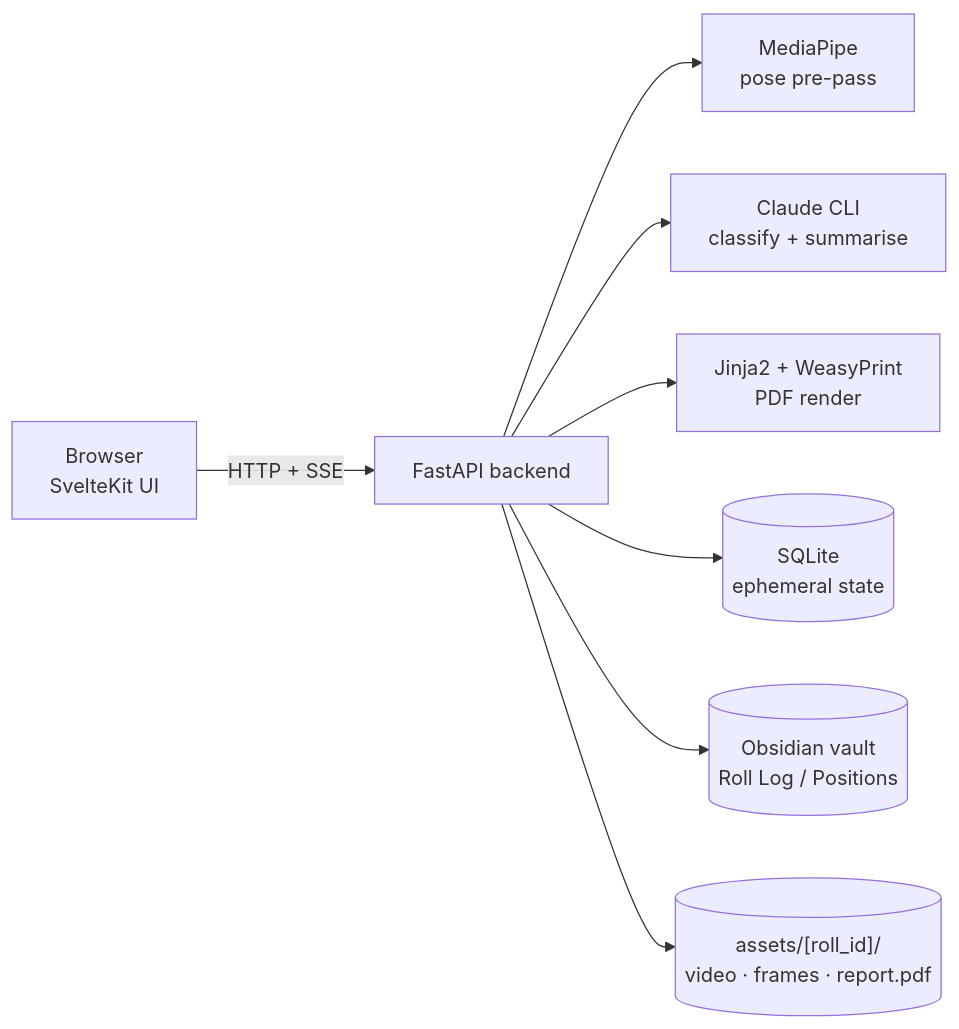
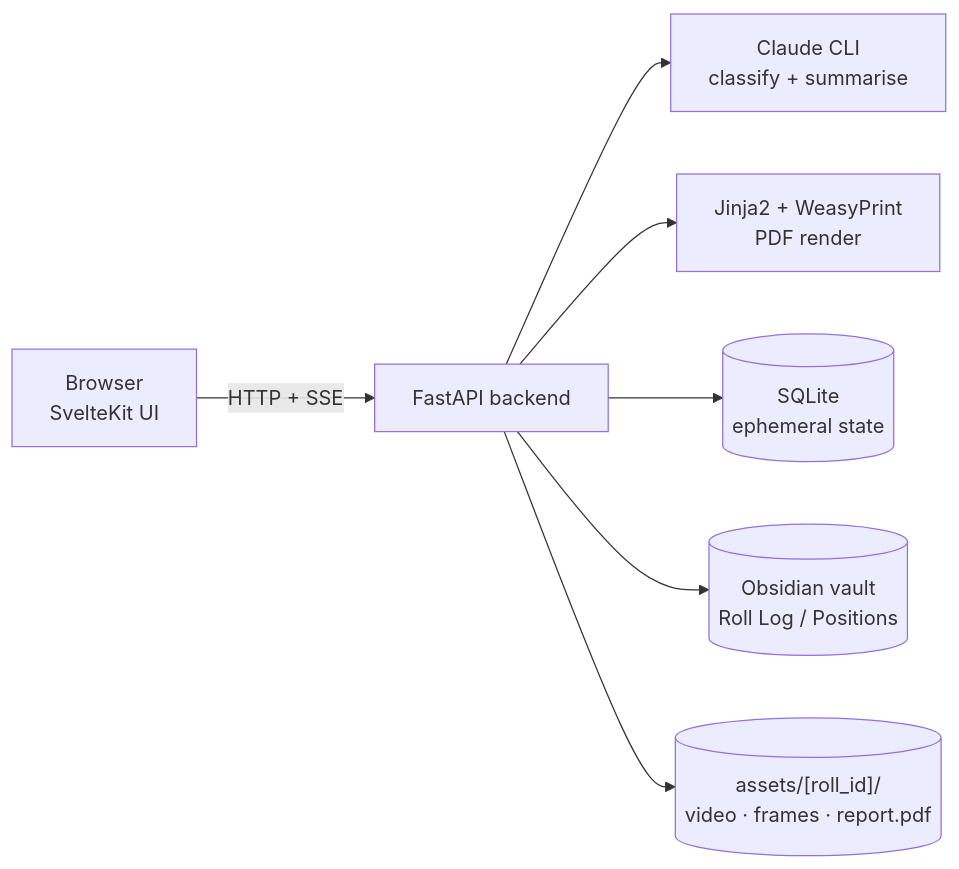
Before and after one commit to Greigb/BJJ_Analysis: the diagram in README.md, drawn with Mermaid. The commit also changed other lines of this file and 1 other file, not shown here.

Commit message:
docs(bjj-app): document M9 (user-picked sections) + drop MediaPipe from architecture diagram

````diff
--- a/README.md
+++ b/README.md
@@ -9,19 +9,17 @@
 ```mermaid
 flowchart LR
     Browser["Browser<br/>SvelteKit UI"]
     API["FastAPI backend"]
-    Pose["MediaPipe<br/>pose pre-pass"]
     Claude["Claude CLI<br/>classify + summarise"]
     PDF["Jinja2 + WeasyPrint<br/>PDF render"]
     SQLite[("SQLite<br/>ephemeral state")]
     Vault[("Obsidian vault<br/>Roll Log / Positions")]
     Assets[("assets/[roll_id]/<br/>video · frames · report.pdf")]
 
     Browser -->|HTTP + SSE| API
-    API --> Pose
     API --> Claude
     API --> PDF
     API --> SQLite
     API --> Vault
     API --> Assets
 ```
````
